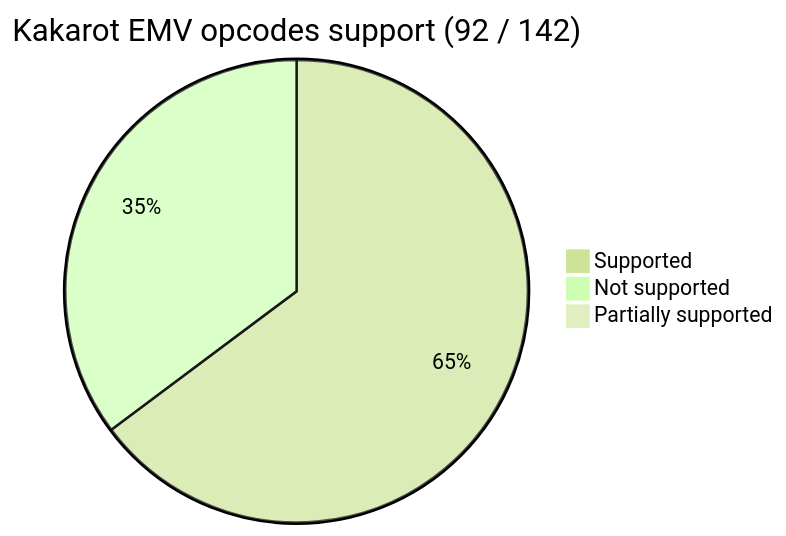
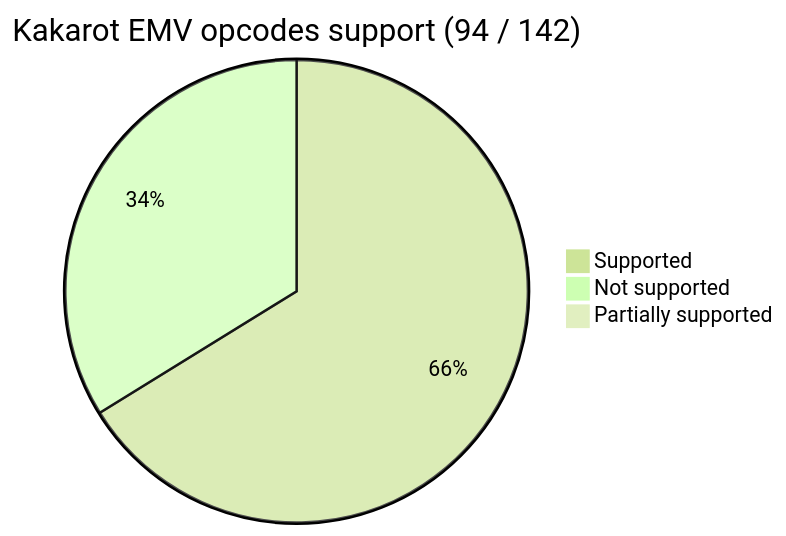
One commit to kkrt-labs/kakarot changed the first of 2 diagrams in README.md. Above: the diagram before and after it, drawn with Mermaid. The commit also changed 3 other files, not shown here.

````diff
--- a/README.md
+++ b/README.md
@@ -40,7 +40,7 @@
 ```mermaid
 %%{init: {'theme': 'forest', 'themeVariables': { 'darkMode': 'false'}}}%%
-pie title Kakarot EMV opcodes support (92 / 142)
-    "Supported" : 92
-    "Not supported" : 50
+pie title Kakarot EMV opcodes support (94 / 142)
+    "Supported" : 94
+    "Not supported" : 48
     "Partially supported" : 0
 ```
````
